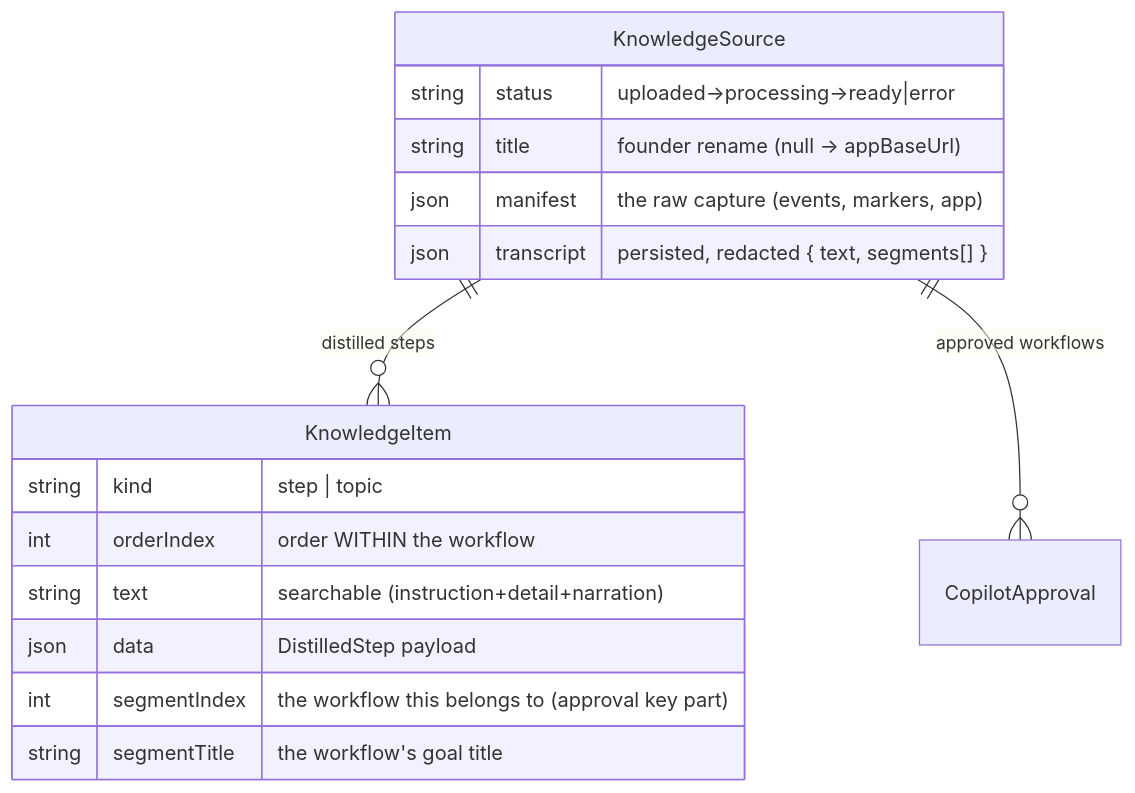
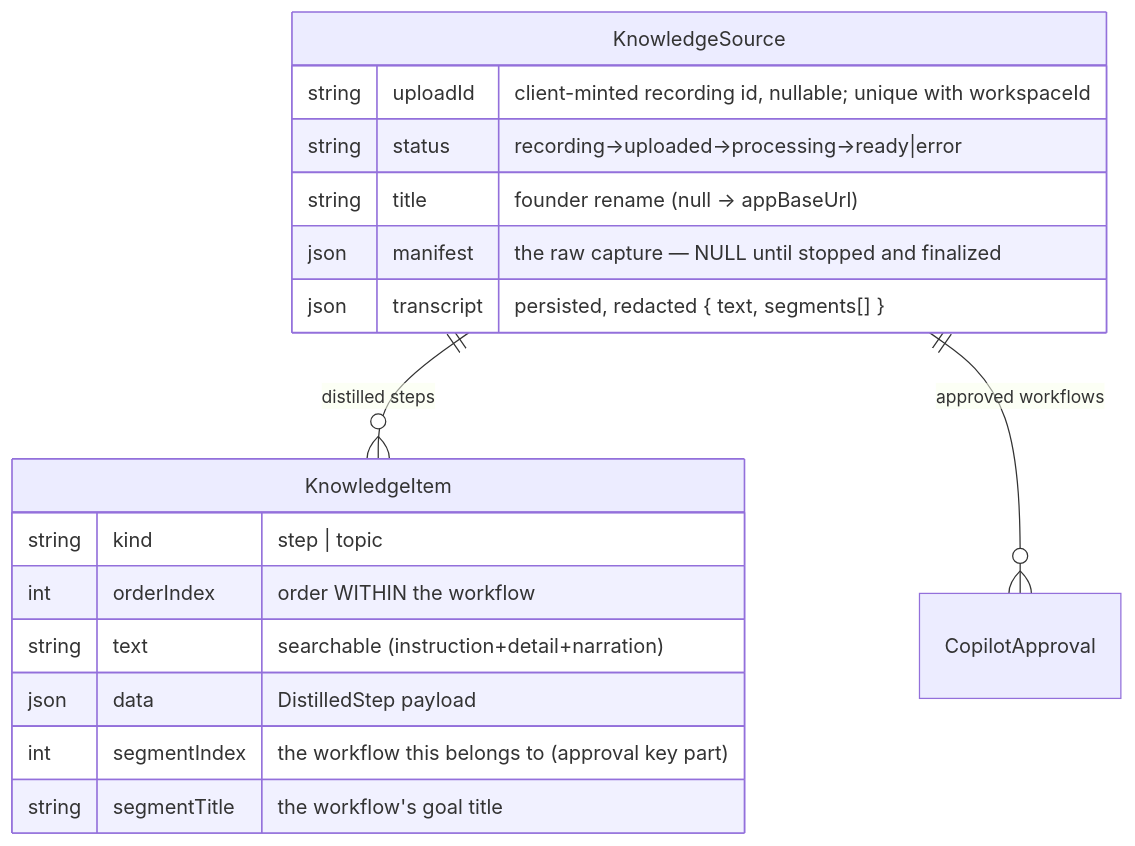
The second of 2 diagrams in docs/internals/data-model-and-storage.md (himanshu3553/flowbuddy), drawn with Mermaid before and after one commit. The commit also changed other lines of this file and 32 other files, not shown here.

First line of the commit message:
fix(recorder): one recording, one identity — artifacts upload while you record

````diff
--- a/docs/internals/data-model-and-storage.md
+++ b/docs/internals/data-model-and-storage.md
@@ -59,19 +59,20 @@
 ```mermaid
 erDiagram
     KnowledgeSource ||--o{ KnowledgeItem : "distilled steps"
     KnowledgeSource ||--o{ CopilotApproval : "approved workflows"
     KnowledgeSource {
-        string status "uploaded→processing→ready|error"
+        string uploadId "client-minted recording id, nullable; unique with workspaceId"
+        string status "recording→uploaded→processing→ready|error"
         string title "founder rename (null → appBaseUrl)"
-        json manifest "the raw capture (events, markers, app)"
+        json manifest "the raw capture — NULL until stopped and finalized"
         json transcript "persisted, redacted { text, segments[] }"
     }
     KnowledgeItem {
         string kind "step | topic"
         int orderIndex "order WITHIN the workflow"
         string text "searchable (instruction+detail+narration)"
         json data "DistilledStep payload"
         int segmentIndex "the workflow this belongs to (approval key part)"
         string segmentTitle "the workflow's goal title"
     }
 ```
````
